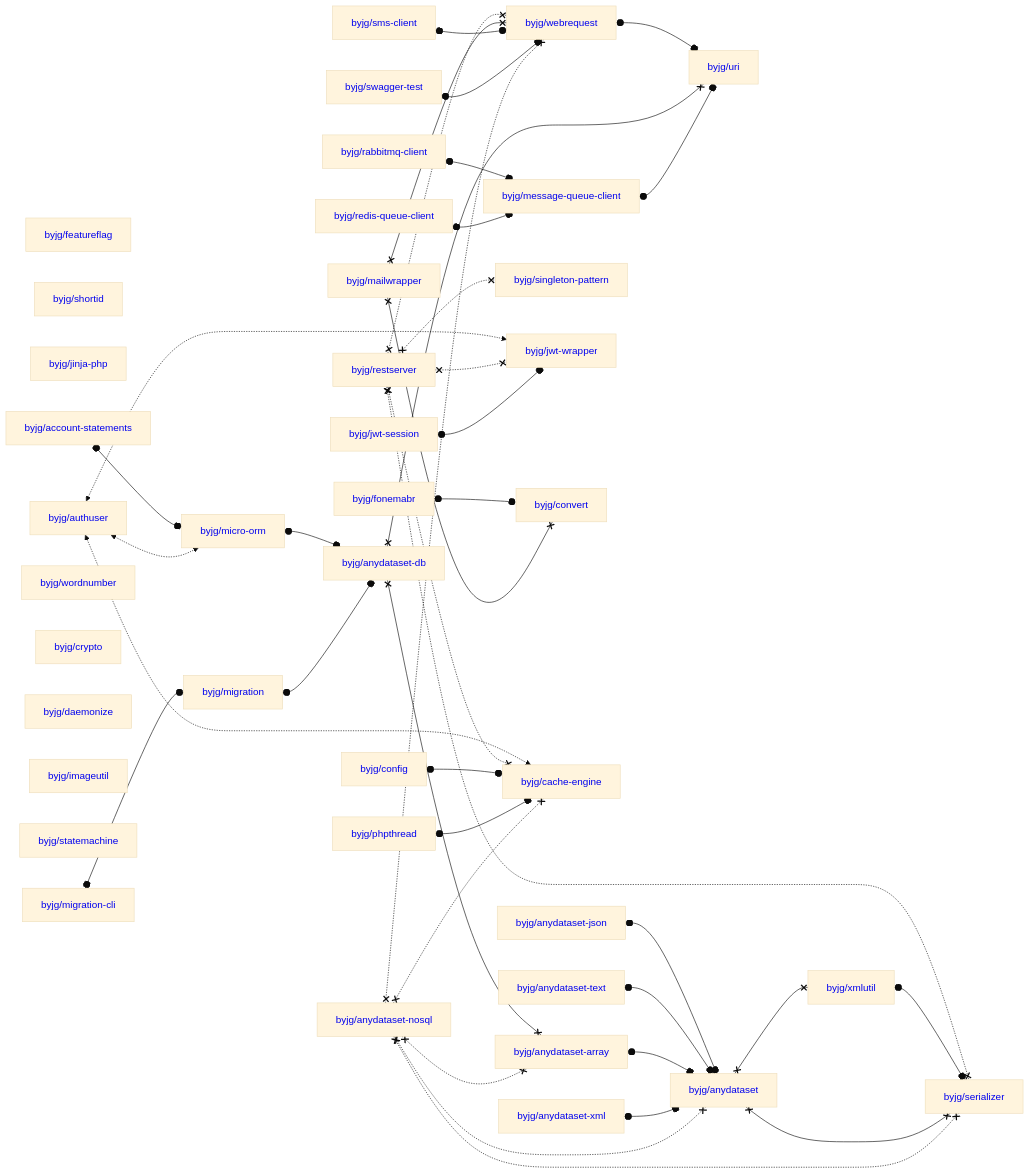
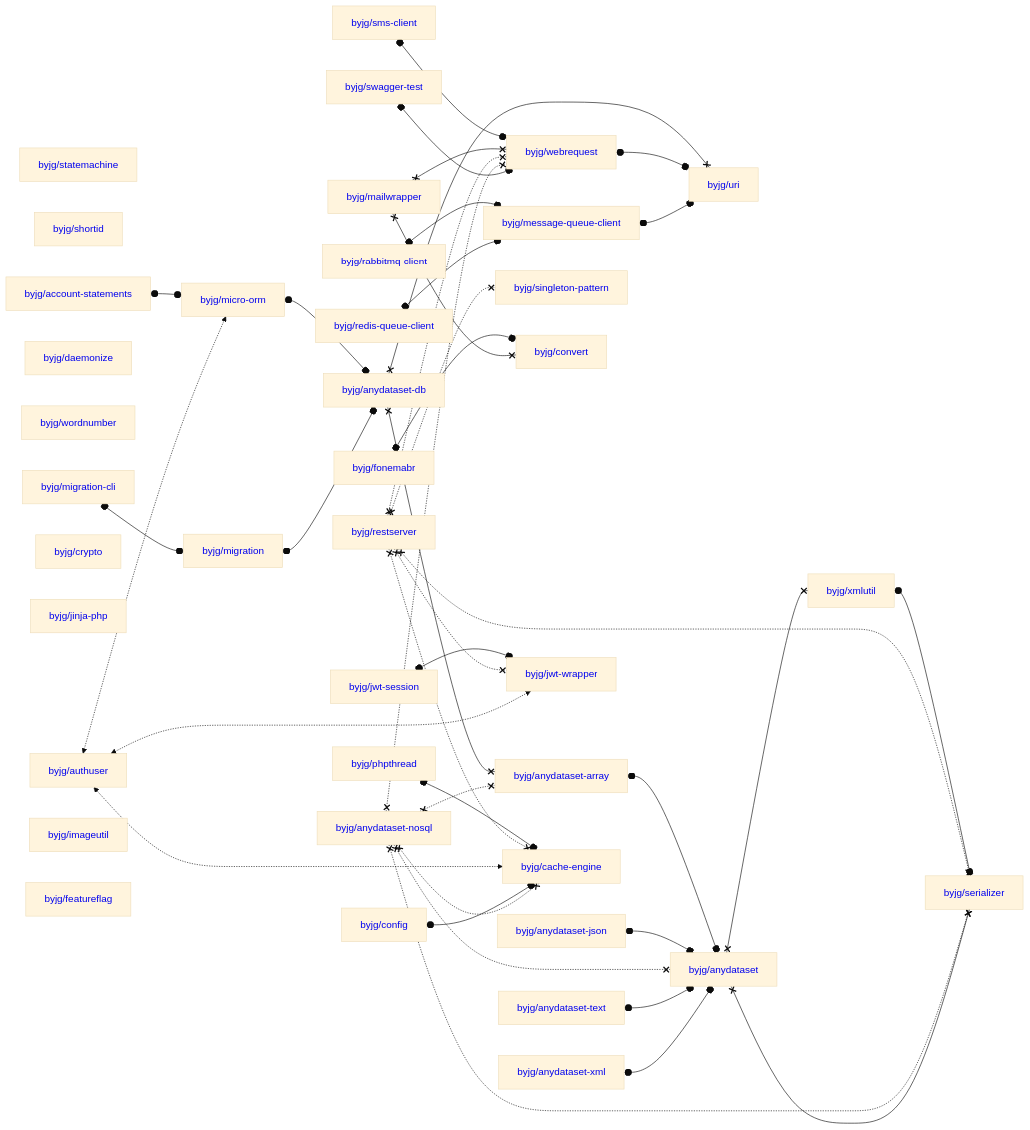
One commit to byjg/byjg.github.io changed the diagram in docs/php/README.md. Above: the diagram before and after it, drawn with Mermaid (base theme). The commit also changed other lines of this file, not shown here.

Commit message:
Update documentation 'php' 'php-migration'

````diff
--- a/docs/php/README.md
+++ b/docs/php/README.md
@@ -3,80 +3,80 @@
 ```mermaid
 graph LR;
+  byjg/rabbitmq-client[<a href='https://opensource.byjg.com/docs/php/rabbitmq-client' style='text-decoration:none'>byjg/rabbitmq-client</a>];
+  byjg/restserver[<a href='https://opensource.byjg.com/docs/php/restserver' style='text-decoration:none'>byjg/restserver</a>];
+  byjg/statemachine[<a href='https://opensource.byjg.com/docs/php/statemachine' style='text-decoration:none'>byjg/statemachine</a>];
+  byjg/fonemabr[<a href='https://opensource.byjg.com/docs/php/fonemabr' style='text-decoration:none'>byjg/fonemabr</a>];
+  byjg/jwt-session[<a href='https://opensource.byjg.com/docs/php/jwt-session' style='text-decoration:none'>byjg/jwt-session</a>];
+  byjg/phpthread[<a href='https://opensource.byjg.com/docs/php/phpthread' style='text-decoration:none'>byjg/phpthread</a>];
+  byjg/mailwrapper[<a href='https://opensource.byjg.com/docs/php/mailwrapper' style='text-decoration:none'>byjg/mailwrapper</a>];
+  byjg/shortid[<a href='https://opensource.byjg.com/docs/php/shortid' style='text-decoration:none'>byjg/shortid</a>];
+  byjg/migration-cli[<a href='https://opensource.byjg.com/docs/php/migration-cli' style='text-decoration:none'>byjg/migration-cli</a>];
+  byjg/anydataset-nosql[<a href='https://opensource.byjg.com/docs/php/anydataset-nosql' style='text-decoration:none'>byjg/anydataset-nosql</a>];
+  byjg/daemonize[<a href='https://opensource.byjg.com/docs/php/daemonize' style='text-decoration:none'>byjg/daemonize</a>];
+  byjg/sms-client[<a href='https://opensource.byjg.com/docs/php/sms-client' style='text-decoration:none'>byjg/sms-client</a>];
+  byjg/redis-queue-client[<a href='https://opensource.byjg.com/docs/php/redis-queue-client' style='text-decoration:none'>byjg/redis-queue-client</a>];
+  byjg/wordnumber[<a href='https://opensource.byjg.com/docs/php/wordnumber' style='text-decoration:none'>byjg/wordnumber</a>];
+  byjg/anydataset-xml[<a href='https://opensource.byjg.com/docs/php/anydataset-xml' style='text-decoration:none'>byjg/anydataset-xml</a>];
+  byjg/authuser[<a href='https://opensource.byjg.com/docs/php/authuser' style='text-decoration:none'>byjg/authuser</a>];
   byjg/anydataset-json[<a href='https://opensource.byjg.com/docs/php/anydataset-json' style='text-decoration:none'>byjg/anydataset-json</a>];
-  byjg/anydataset-xml[<a href='https://opensource.byjg.com/docs/php/anydataset-xml' style='text-decoration:none'>byjg/anydataset-xml</a>];
+  byjg/crypto[<a href='https://opensource.byjg.com/docs/php/crypto' style='text-decoration:none'>byjg/crypto</a>];
+  byjg/jinja-php[<a href='https://opensource.byjg.com/docs/php/jinja-php' style='text-decoration:none'>byjg/jinja-php</a>];
+  byjg/swagger-test[<a href='https://opensource.byjg.com/docs/php/swagger-test' style='text-decoration:none'>byjg/swagger-test</a>];
+  byjg/account-statements[<a href='https://opensource.byjg.com/docs/php/account-statements' style='text-decoration:none'>byjg/account-statements</a>];
+  byjg/imageutil[<a href='https://opensource.byjg.com/docs/php/imageutil' style='text-decoration:none'>byjg/imageutil</a>];
+  byjg/config[<a href='https://opensource.byjg.com/docs/php/config' style='text-decoration:none'>byjg/config</a>];
   byjg/featureflag[<a href='https://opensource.byjg.com/docs/php/featureflag' style='text-decoration:none'>byjg/featureflag</a>];
-  byjg/phpthread[<a href='https://opensource.byjg.com/docs/php/phpthread' style='text-decoration:none'>byjg/phpthread</a>];
-  byjg/restserver[<a href='https://opensource.byjg.com/docs/php/restserver' style='text-decoration:none'>byjg/restserver</a>];
-  byjg/shortid[<a href='https://opensource.byjg.com/docs/php/shortid' style='text-decoration:none'>byjg/shortid</a>];
-  byjg/jinja-php[<a href='https://opensource.byjg.com/docs/php/jinja-php' style='text-decoration:none'>byjg/jinja-php</a>];
-  byjg/config[<a href='https://opensource.byjg.com/docs/php/config' style='text-decoration:none'>byjg/config</a>];
   byjg/anydataset-text[<a href='https://opensource.byjg.com/docs/php/anydataset-text' style='text-decoration:none'>byjg/anydataset-text</a>];
-  byjg/fonemabr[<a href='https://opensource.byjg.com/docs/php/fonemabr' style='text-decoration:none'>byjg/fonemabr</a>];
-  byjg/authuser[<a href='https://opensource.byjg.com/docs/php/authuser' style='text-decoration:none'>byjg/authuser</a>];
-  byjg/rabbitmq-client[<a href='https://opensource.byjg.com/docs/php/rabbitmq-client' style='text-decoration:none'>byjg/rabbitmq-client</a>];
-  byjg/migration-cli[<a href='https://opensource.byjg.com/docs/php/migration-cli' style='text-decoration:none'>byjg/migration-cli</a>];
-  byjg/sms-client[<a href='https://opensource.byjg.com/docs/php/sms-client' style='text-decoration:none'>byjg/sms-client</a>];
-  byjg/jwt-session[<a href='https://opensource.byjg.com/docs/php/jwt-session' style='text-decoration:none'>byjg/jwt-session</a>];
-  byjg/mailwrapper[<a href='https://opensource.byjg.com/docs/php/mailwrapper' style='text-decoration:none'>byjg/mailwrapper</a>];
-  byjg/wordnumber[<a href='https://opensource.byjg.com/docs/php/wordnumber' style='text-decoration:none'>byjg/wordnumber</a>];
-  byjg/crypto[<a href='https://opensource.byjg.com/docs/php/crypto' style='text-decoration:none'>byjg/crypto</a>];
-  byjg/daemonize[<a href='https://opensource.byjg.com/docs/php/daemonize' style='text-decoration:none'>byjg/daemonize</a>];
-  byjg/imageutil[<a href='https://opensource.byjg.com/docs/php/imageutil' style='text-decoration:none'>byjg/imageutil</a>];
-  byjg/anydataset-nosql[<a href='https://opensource.byjg.com/docs/php/anydataset-nosql' style='text-decoration:none'>byjg/anydataset-nosql</a>];
-  byjg/redis-queue-client[<a href='https://opensource.byjg.com/docs/php/redis-queue-client' style='text-decoration:none'>byjg/redis-queue-client</a>];
-  byjg/swagger-test[<a href='https://opensource.byjg.com/docs/php/swagger-test' style='text-decoration:none'>byjg/swagger-test</a>];
-  byjg/statemachine[<a href='https://opensource.byjg.com/docs/php/statemachine' style='text-decoration:none'>byjg/statemachine</a>];
-  byjg/account-statements[<a href='https://opensource.byjg.com/docs/php/account-statements' style='text-decoration:none'>byjg/account-statements</a>];
   byjg/singleton-pattern[<a href='https://opensource.byjg.com/docs/php/singleton-pattern' style='text-decoration:none'>byjg/singleton-pattern</a>];
+  byjg/convert[<a href='https://opensource.byjg.com/docs/php/convert' style='text-decoration:none'>byjg/convert</a>];
   byjg/migration[<a href='https://opensource.byjg.com/docs/php/migration' style='text-decoration:none'>byjg/migration</a>];
+  byjg/message-queue-client[<a href='https://opensource.byjg.com/docs/php/message-queue-client' style='text-decoration:none'>byjg/message-queue-client</a>];
   byjg/jwt-wrapper[<a href='https://opensource.byjg.com/docs/php/jwt-wrapper' style='text-decoration:none'>byjg/jwt-wrapper</a>];
-  byjg/convert[<a href='https://opensource.byjg.com/docs/php/convert' style='text-decoration:none'>byjg/convert</a>];
-  byjg/cache-engine[<a href='https://opensource.byjg.com/docs/php/cache-engine' style='text-decoration:none'>byjg/cache-engine</a>];
-  byjg/message-queue-client[<a href='https://opensource.byjg.com/docs/php/message-queue-client' style='text-decoration:none'>byjg/message-queue-client</a>];
   byjg/webrequest[<a href='https://opensource.byjg.com/docs/php/webrequest' style='text-decoration:none'>byjg/webrequest</a>];
   byjg/micro-orm[<a href='https://opensource.byjg.com/docs/php/micro-orm' style='text-decoration:none'>byjg/micro-orm</a>];
+  byjg/cache-engine[<a href='https://opensource.byjg.com/docs/php/cache-engine' style='text-decoration:none'>byjg/cache-engine</a>];
   byjg/anydataset-db[<a href='https://opensource.byjg.com/docs/php/anydataset-db' style='text-decoration:none'>byjg/anydataset-db</a>];
   byjg/anydataset-array[<a href='https://opensource.byjg.com/docs/php/anydataset-array' style='text-decoration:none'>byjg/anydataset-array</a>];
   byjg/uri[<a href='https://opensource.byjg.com/docs/php/uri' style='text-decoration:none'>byjg/uri</a>];
   byjg/anydataset[<a href='https://opensource.byjg.com/docs/php/anydataset' style='text-decoration:none'>byjg/anydataset</a>];
   byjg/xmlutil[<a href='https://opensource.byjg.com/docs/php/xmlutil' style='text-decoration:none'>byjg/xmlutil</a>];
   byjg/serializer[<a href='https://opensource.byjg.com/docs/php/serializer' style='text-decoration:none'>byjg/serializer</a>];
-  byjg/redis-queue-client o--o byjg/message-queue-client;
-  byjg/migration o--o byjg/anydataset-db;
+  byjg/message-queue-client o--o byjg/uri;
+  byjg/anydataset-xml o--o byjg/anydataset;
+  byjg/swagger-test o--o byjg/webrequest;
+  byjg/anydataset x--x byjg/serializer;
+  byjg/anydataset x--x byjg/xmlutil;
+  byjg/anydataset-text o--o byjg/anydataset;
   byjg/anydataset-nosql x-.-x byjg/anydataset;
   byjg/anydataset-nosql x-.-x byjg/anydataset-array;
   byjg/anydataset-nosql x-.-x byjg/serializer;
   byjg/anydataset-nosql x-.-x byjg/webrequest;
   byjg/anydataset-nosql x-.-x byjg/cache-engine;
-  byjg/swagger-test o--o byjg/webrequest;
-  byjg/anydataset-xml o--o byjg/anydataset;
-  byjg/micro-orm o--o byjg/anydataset-db;
-  byjg/sms-client o--o byjg/webrequest;
-  byjg/anydataset x--x byjg/serializer;
-  byjg/anydataset x--x byjg/xmlutil;
-  byjg/jwt-session o--o byjg/jwt-wrapper;
-  byjg/xmlutil o--o byjg/serializer;
+  byjg/config o--o byjg/cache-engine;
+  byjg/anydataset-json o--o byjg/anydataset;
+  byjg/anydataset-array o--o byjg/anydataset;
+  byjg/authuser <-.-> byjg/micro-orm;
+  byjg/authuser <-.-> byjg/cache-engine;
+  byjg/authuser <-.-> byjg/jwt-wrapper;
   byjg/migration-cli o--o byjg/migration;
-  byjg/anydataset-array o--o byjg/anydataset;
-  byjg/message-queue-client o--o byjg/uri;
-  byjg/phpthread o--o byjg/cache-engine;
-  byjg/anydataset-text o--o byjg/anydataset;
-  byjg/anydataset-db x--x byjg/anydataset-array;
-  byjg/anydataset-db x--x byjg/uri;
-  byjg/anydataset-json o--o byjg/anydataset;
-  byjg/config o--o byjg/cache-engine;
-  byjg/mailwrapper x--x byjg/convert;
-  byjg/mailwrapper x--x byjg/webrequest;
-  byjg/rabbitmq-client o--o byjg/message-queue-client;
   byjg/restserver x-.-x byjg/serializer;
   byjg/restserver x-.-x byjg/singleton-pattern;
   byjg/restserver x-.-x byjg/cache-engine;
   byjg/restserver x-.-x byjg/webrequest;
   byjg/restserver x-.-x byjg/jwt-wrapper;
+  byjg/mailwrapper x--x byjg/convert;
+  byjg/mailwrapper x--x byjg/webrequest;
+  byjg/jwt-session o--o byjg/jwt-wrapper;
+  byjg/account-statements o--o byjg/micro-orm;
+  byjg/phpthread o--o byjg/cache-engine;
+  byjg/migration o--o byjg/anydataset-db;
+  byjg/xmlutil o--o byjg/serializer;
   byjg/fonemabr o--o byjg/convert;
-  byjg/authuser <-.-> byjg/micro-orm;
-  byjg/authuser <-.-> byjg/cache-engine;
-  byjg/authuser <-.-> byjg/jwt-wrapper;
+  byjg/redis-queue-client o--o byjg/message-queue-client;
   byjg/webrequest o--o byjg/uri;
-  byjg/account-statements o--o byjg/micro-orm;
+  byjg/rabbitmq-client o--o byjg/message-queue-client;
+  byjg/sms-client o--o byjg/webrequest;
+  byjg/anydataset-db x--x byjg/anydataset-array;
+  byjg/anydataset-db x--x byjg/uri;
+  byjg/micro-orm o--o byjg/anydataset-db;
 ```
````
